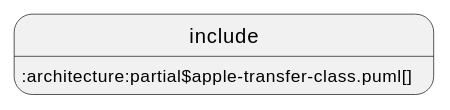
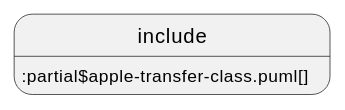
Before and after one commit to antontuhai/tech-write-anthology: the diagram in docs/modules/architecture/pages/apple-transfer-class.adoc, drawn with PlantUML. The commit also changed other lines of this file and 11 other files, not shown here.

Commit message:
Updated SDK, APIs and puml diagrams

```diff
--- a/docs/modules/architecture/pages/apple-transfer-class.adoc
+++ b/docs/modules/architecture/pages/apple-transfer-class.adoc
@@ -20,4 +18,4 @@
-[plantuml, architecture-class-diagram, png]
+[plantuml]
 ----
-include::architecture:partial$apple-transfer-class.puml[]
+include::partial$apple-transfer-class.puml[]
 ----
```
